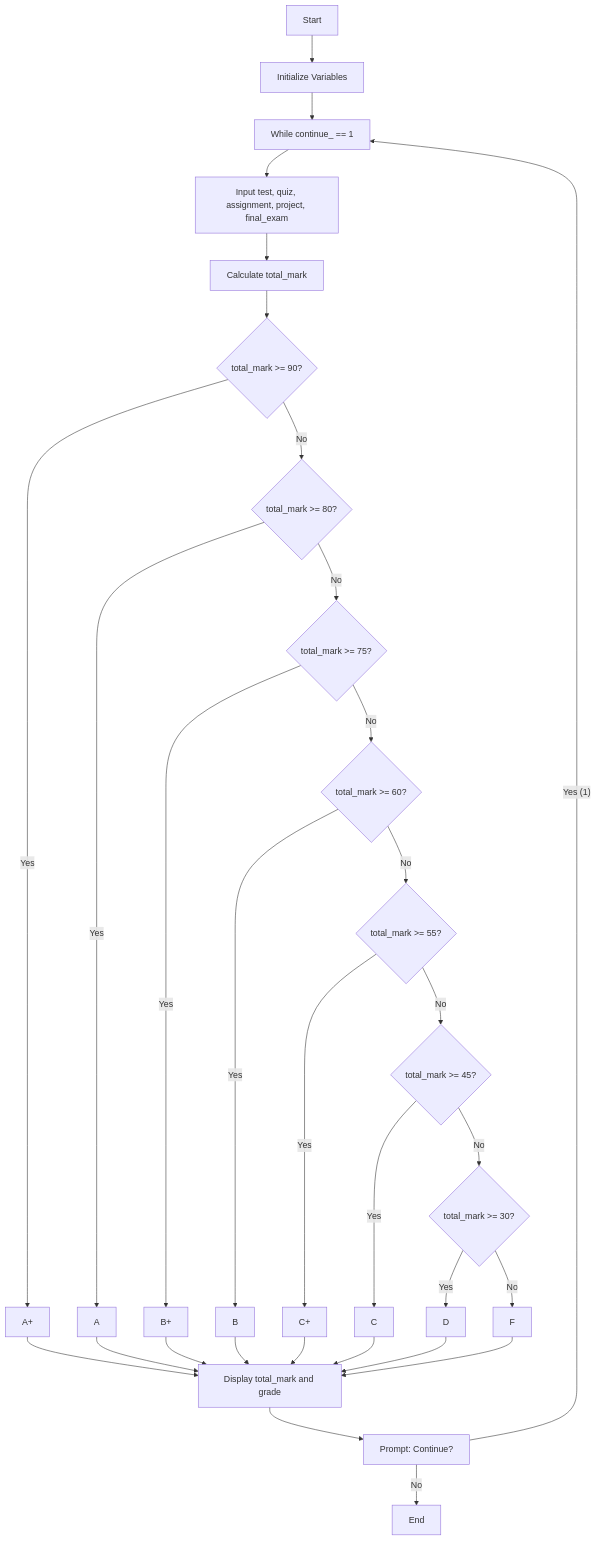
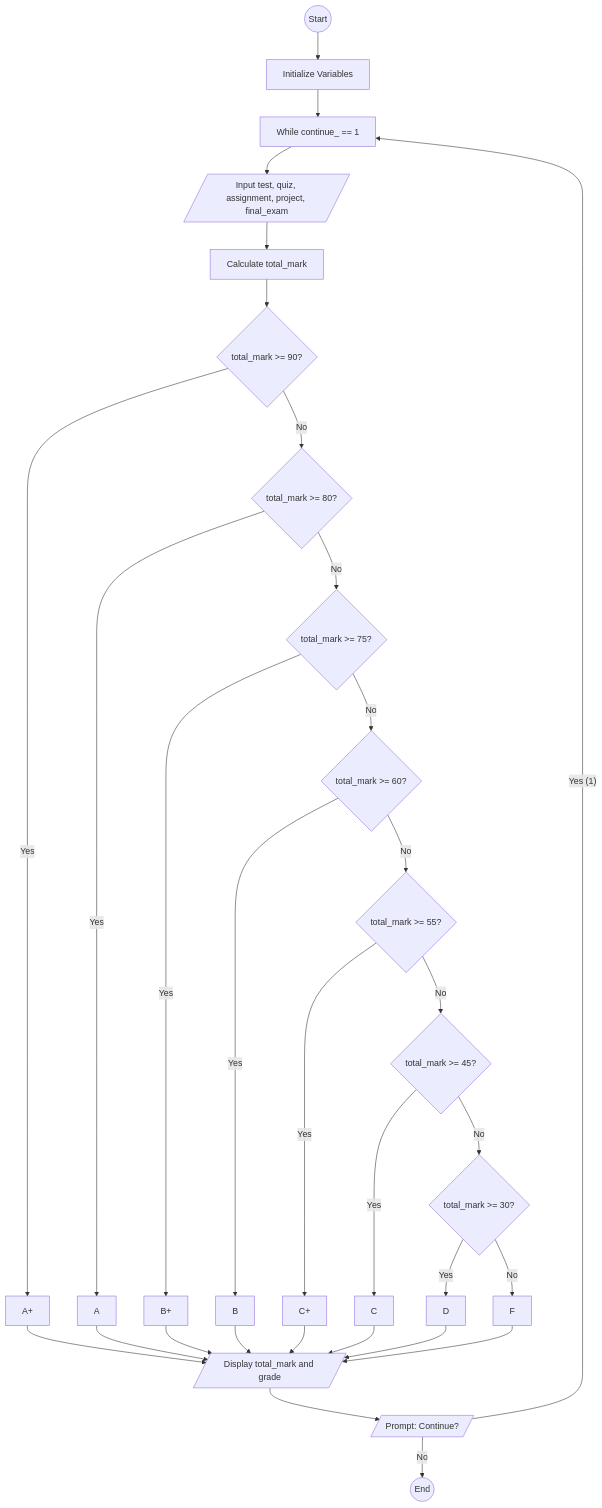
The diagram in ETS0907_Meaza_Zelalem/grade_assign_2.md (SWEG-2016EC-Batch/C-pp), drawn with Mermaid before and after one commit.

````diff
--- a/ETS0907_Meaza_Zelalem/grade_assign_2.md
+++ b/ETS0907_Meaza_Zelalem/grade_assign_2.md
@@ -43,33 +43,33 @@
 ```mermaid
 flowchart TD
-    A[Start] --> B[Initialize Variables]
+    A((Start)) --> B[Initialize Variables]
     B --> C[While continue_ == 1]
-    C --> D[Input test, quiz, assignment, project, final_exam]
+    C --> D[/Input test, quiz, assignment, project, final_exam/]
     D --> E[Calculate total_mark]
     E --> F{total_mark >= 90?}
     F -- Yes --> G[A+]
     F -- No --> H{total_mark >= 80?}
     H -- Yes --> I[A]
     H -- No --> J{total_mark >= 75?}
     J -- Yes --> K[B+]
     J -- No --> L{total_mark >= 60?}
     L -- Yes --> M[B]
     L -- No --> N{total_mark >= 55?}
     N -- Yes --> O[C+]
     N -- No --> P{total_mark >= 45?}
     P -- Yes --> Q[C]
     P -- No --> R{total_mark >= 30?}
     R -- Yes --> S[D]
     R -- No --> T[F]
-    G --> U[Display total_mark and grade]
+    G --> U[/Display total_mark and grade/]
     I --> U
     K --> U
     M --> U
     O --> U
     Q --> U
     S --> U
     T --> U
-    U --> V[Prompt: Continue?]
+    U --> V[/Prompt: Continue?/]
     V -- Yes (1) --> C
-    V -- No --> W[End]
+    V -- No --> W((End))
 ```
````
